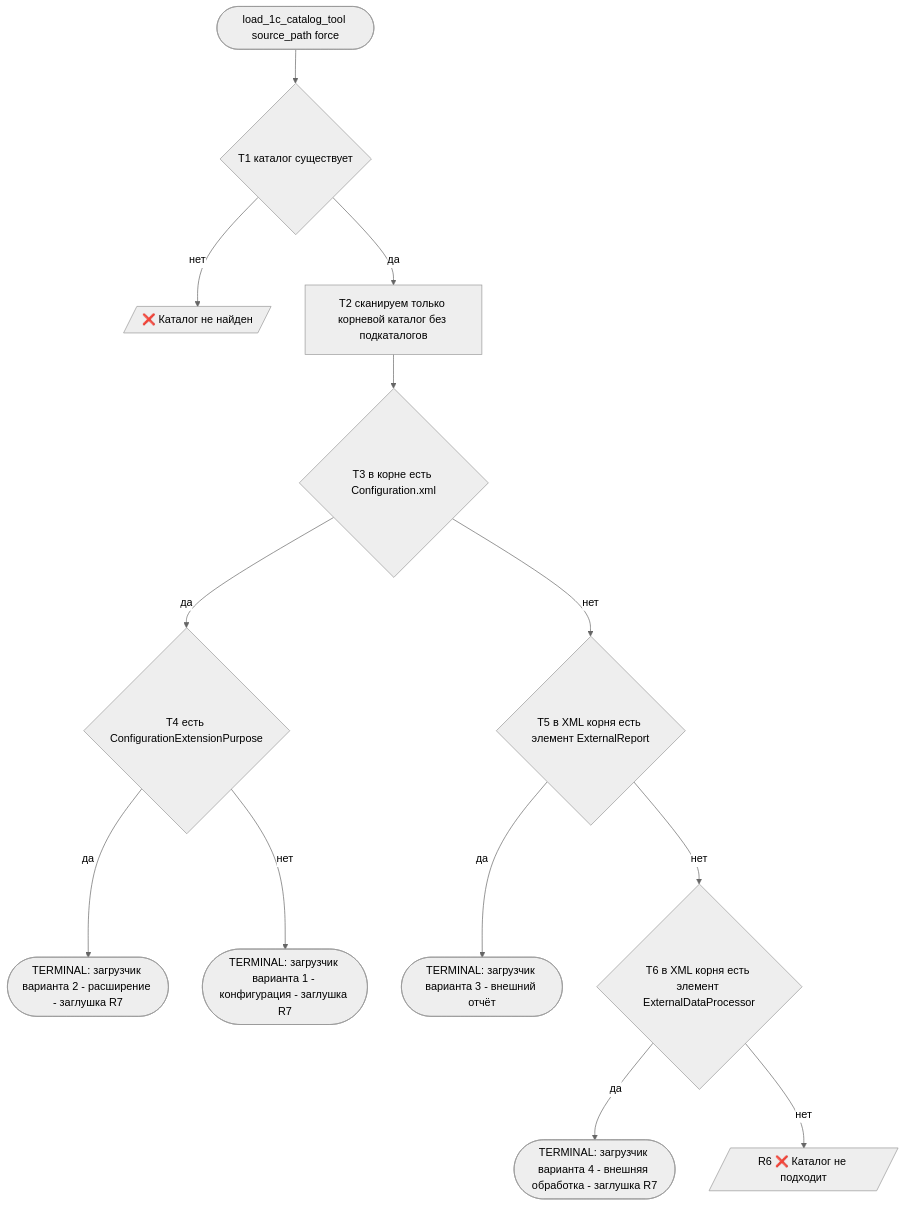
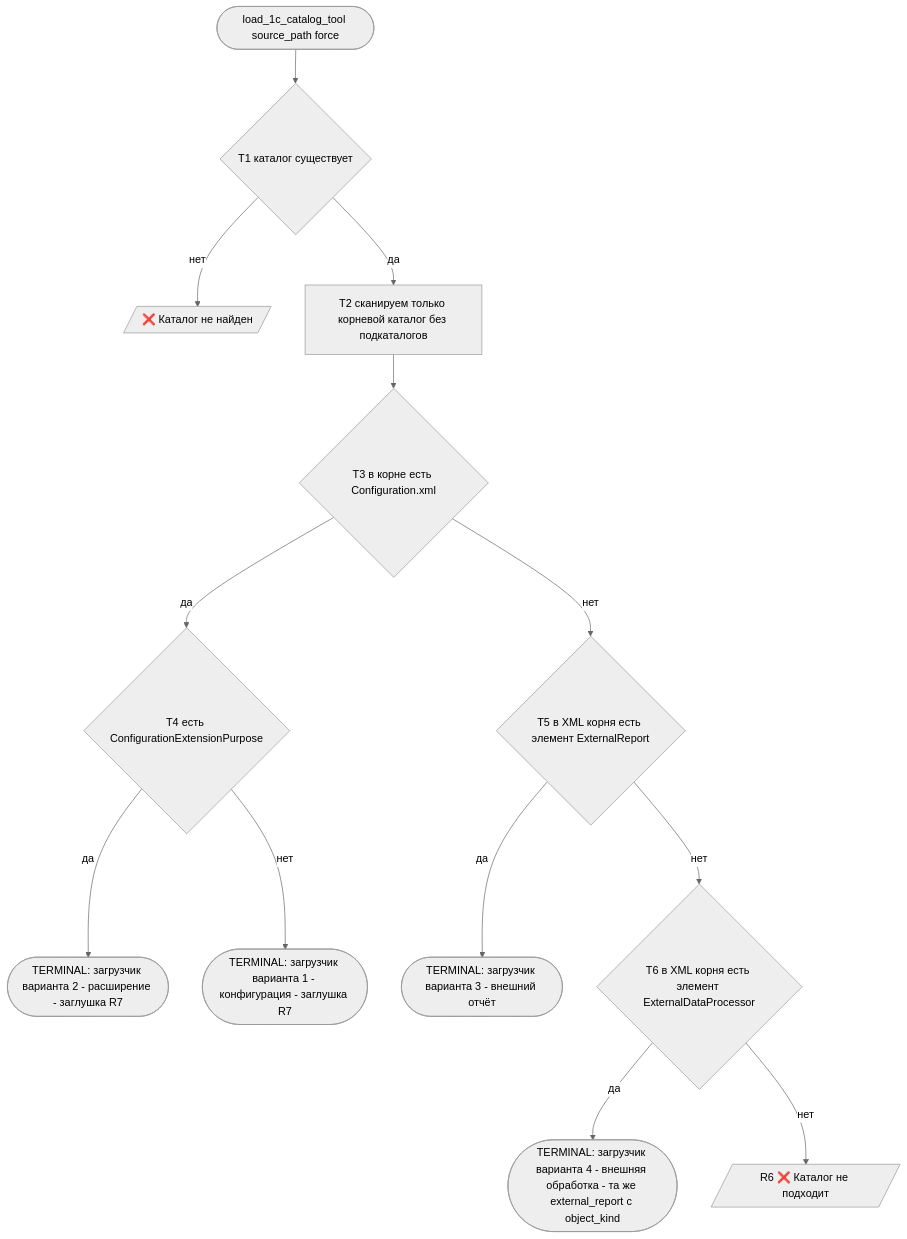
Before and after one commit to XXIVek/ckb: the first of 3 diagrams in docs/config-scenarios/FLOWCHART_1c-configurations-core.md, drawn with Mermaid (neutral theme). The commit also changed other lines of this file and 36 other files, not shown here.

````diff
--- a/docs/config-scenarios/FLOWCHART_1c-configurations-core.md
+++ b/docs/config-scenarios/FLOWCHART_1c-configurations-core.md
@@ -66,15 +67,15 @@
 ```mermaid
 flowchart TD
     A([load_1c_catalog_tool source_path force]) --> T1{T1 каталог существует}
     T1 -- нет --> X1[/❌ Каталог не найден/]
     T1 -- да --> T2[T2 сканируем только корневой каталог без подкаталогов]
     T2 --> T3{T3 в корне есть Configuration.xml}
     T3 -- да --> T4{T4 есть ConfigurationExtensionPurpose}
     T4 -- да --> L2([TERMINAL: загрузчик варианта 2 - расширение - заглушка R7])
     T4 -- нет --> L1([TERMINAL: загрузчик варианта 1 - конфигурация - заглушка R7])
     T3 -- нет --> T5{T5 в XML корня есть элемент ExternalReport}
     T5 -- да --> L3([TERMINAL: загрузчик варианта 3 - внешний отчёт])
     T5 -- нет --> T6{T6 в XML корня есть элемент ExternalDataProcessor}
-    T6 -- да --> L4([TERMINAL: загрузчик варианта 4 - внешняя обработка - заглушка R7])
+    T6 -- да --> L4([TERMINAL: загрузчик варианта 4 - внешняя обработка - та же external_report с object_kind])
     T6 -- нет --> X2[/R6 ❌ Каталог не подходит/]
 ```
````
